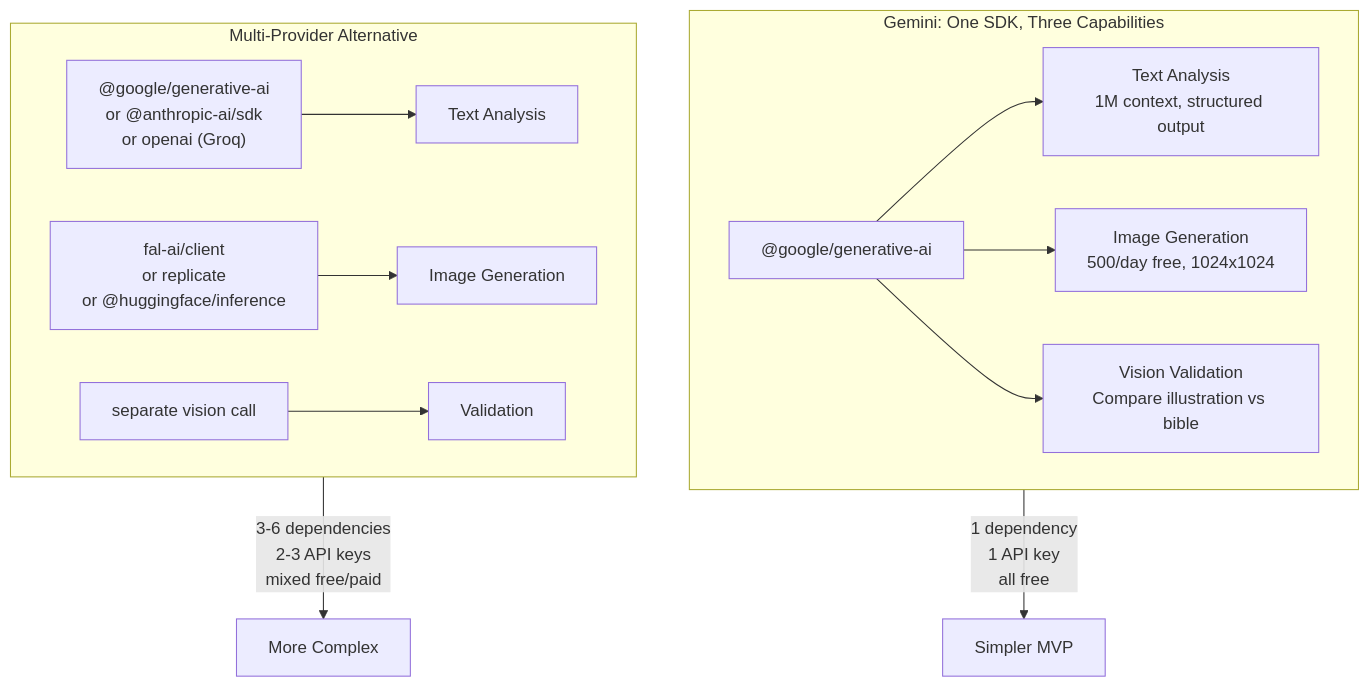
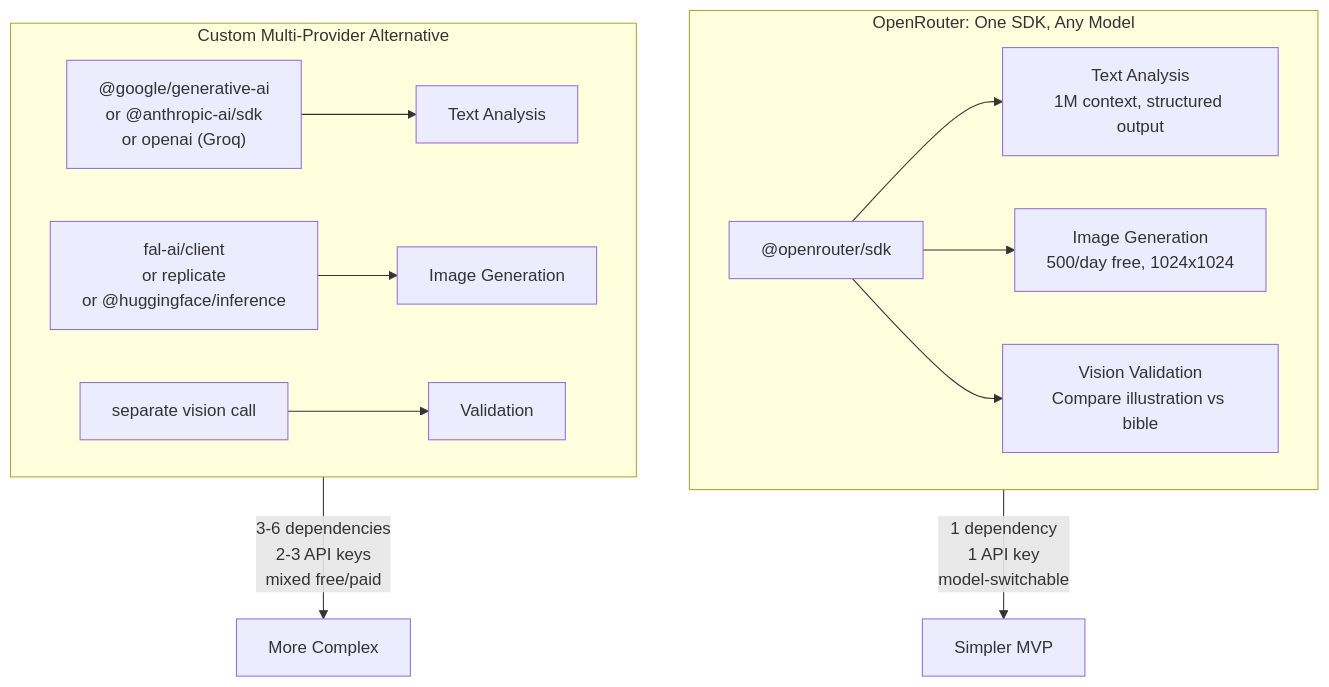
The diagram in docs/research.md (tormozz48/Illustrator), drawn with Mermaid before and after one commit. The commit also changed other lines of this file and 13 other files, not shown here.

First line of the commit message:
Replace Gemini SDK with OpenRouter adapter

````diff
--- a/docs/research.md
+++ b/docs/research.md
@@ -71,17 +71,17 @@
 ```mermaid
 graph TD
-    subgraph GeminiAdvantage["Gemini: One SDK, Three Capabilities"]
-        SDK["@google/generative-ai"] --> TEXT["Text Analysis<br/>1M context, structured output"]
+    subgraph OpenRouterAdvantage["OpenRouter: One SDK, Any Model"]
+        SDK["@openrouter/sdk"] --> TEXT["Text Analysis<br/>1M context, structured output"]
         SDK --> IMAGE["Image Generation<br/>500/day free, 1024x1024"]
         SDK --> VISION["Vision Validation<br/>Compare illustration vs bible"]
     end
 
-    subgraph Alternative["Multi-Provider Alternative"]
+    subgraph Alternative["Custom Multi-Provider Alternative"]
         SDK_T["@google/generative-ai<br/>or @anthropic-ai/sdk<br/>or openai (Groq)"] --> TEXT2["Text Analysis"]
         SDK_I["fal-ai/client<br/>or replicate<br/>or @huggingface/inference"] --> IMAGE2["Image Generation"]
         SDK_V["separate vision call"] --> VISION2["Validation"]
     end
 
-    GeminiAdvantage -->|"1 dependency<br/>1 API key<br/>all free"| WIN["Simpler MVP"]
+    OpenRouterAdvantage -->|"1 dependency<br/>1 API key<br/>model-switchable"| WIN["Simpler MVP"]
     Alternative -->|"3-6 dependencies<br/>2-3 API keys<br/>mixed free/paid"| COMPLEX["More Complex"]
 ```
````
